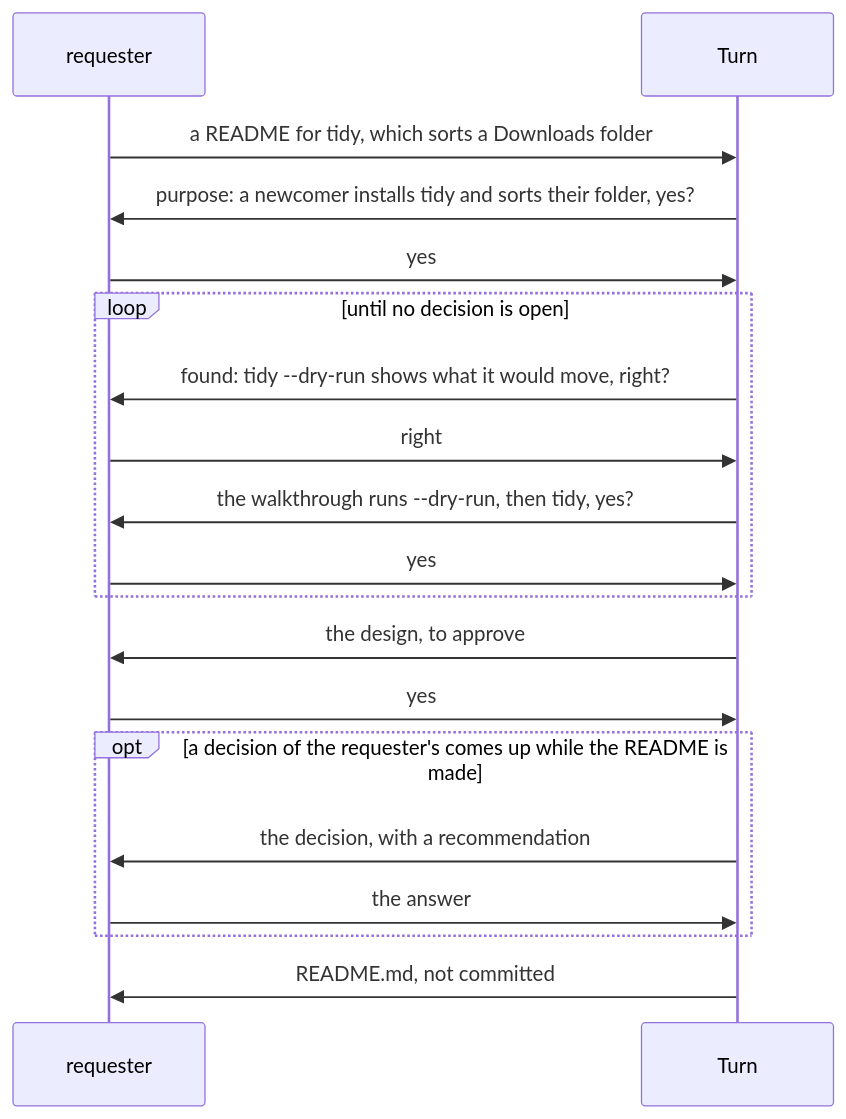
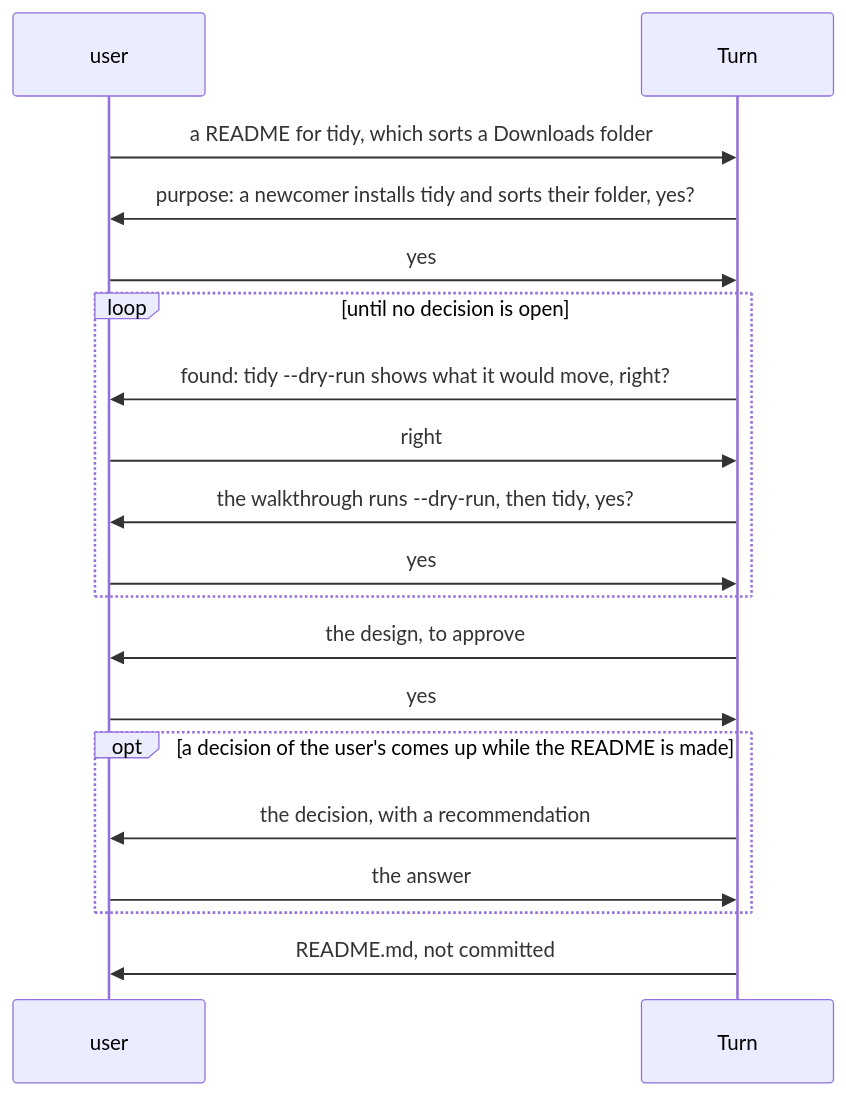
One commit to lovaizu/ccpm changed the diagram in plugins/turn/core/domain/best-practices/ux/example.md. Above: the diagram before and after it, drawn with Mermaid. The commit also changed other lines of this file and 9 other files, not shown here.

First line of the commit message:
turn: Turn's one role is the user, not the requester, as each of the two is the user of what it uses, and the user of the work Turn makes is always named the work's user

````diff
--- a/plugins/turn/core/domain/best-practices/ux/example.md
+++ b/plugins/turn/core/domain/best-practices/ux/example.md
@@ -22,21 +22,21 @@
 ```mermaid
 sequenceDiagram
-  participant R as requester
+  participant U as user
   participant T as Turn
-  R->>T: a README for tidy, which sorts a Downloads folder
-  T->>R: purpose: a newcomer installs tidy and sorts their folder, yes?
-  R->>T: yes
+  U->>T: a README for tidy, which sorts a Downloads folder
+  T->>U: purpose: a newcomer installs tidy and sorts their folder, yes?
+  U->>T: yes
   loop until no decision is open
-    T->>R: found: tidy --dry-run shows what it would move, right?
-    R->>T: right
-    T->>R: the walkthrough runs --dry-run, then tidy, yes?
-    R->>T: yes
+    T->>U: found: tidy --dry-run shows what it would move, right?
+    U->>T: right
+    T->>U: the walkthrough runs --dry-run, then tidy, yes?
+    U->>T: yes
   end
-  T->>R: the design, to approve
-  R->>T: yes
-  opt a decision of the requester's comes up while the README is made
-    T->>R: the decision, with a recommendation
-    R->>T: the answer
+  T->>U: the design, to approve
+  U->>T: yes
+  opt a decision of the user's comes up while the README is made
+    T->>U: the decision, with a recommendation
+    U->>T: the answer
   end
-  T->>R: README.md, not committed
+  T->>U: README.md, not committed
 ```
````
